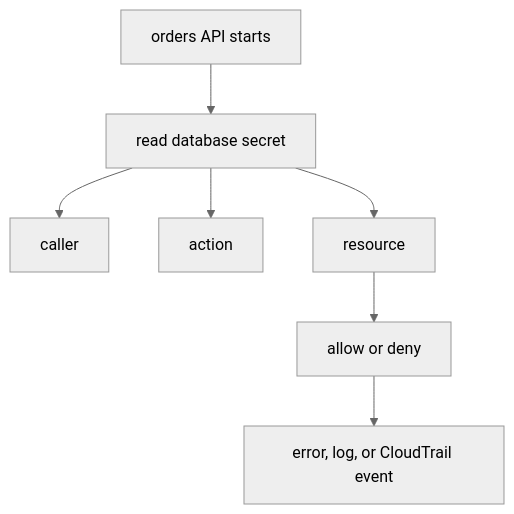
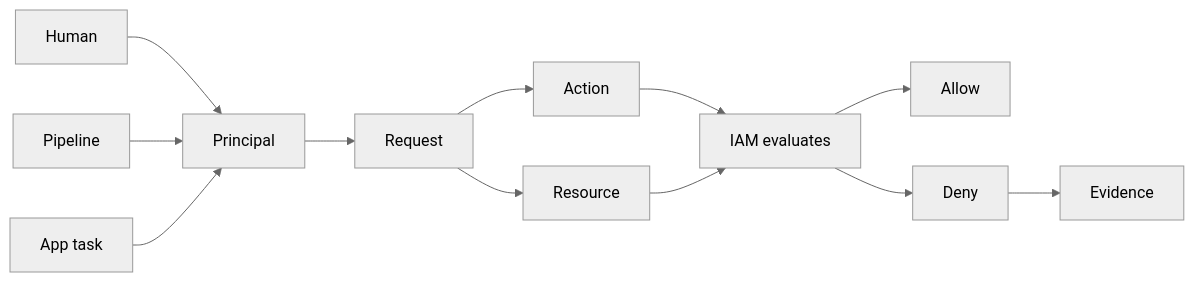
One commit to senlinyy/dev-roadmaps changed the diagram in cloud-providers/aws/identity-security/identity-and-security-mental-model.md. Above: the diagram before and after it, drawn with Mermaid (neutral theme). The commit also changed other lines of this file and 275 other files, not shown here.

Commit message:
feat: roadmap structure update

````diff
--- a/cloud-providers/aws/identity-security/identity-and-security-mental-model.md
+++ b/cloud-providers/aws/identity-security/identity-and-security-mental-model.md
@@ -77,9 +76,14 @@
 ```mermaid
-flowchart TD
-    APP["orders API starts"] --> REQUEST["read database secret"]
-    REQUEST --> CALLER["caller"]
-    REQUEST --> ACTION["action"]
-    REQUEST --> TARGET["resource"]
-    TARGET --> DECISION["allow or deny"]
-    DECISION --> EVIDENCE["error, log, or CloudTrail event"]
+flowchart LR
+    Human["Human"] --> Principal["Principal"]
+    Pipeline["Pipeline"] --> Principal
+    App["App task"] --> Principal
+    Principal --> Request["Request"]
+    Request --> Action["Action"]
+    Request --> Resource["Resource"]
+    Action --> IAM["IAM evaluates"]
+    Resource --> IAM
+    IAM --> Allow["Allow"]
+    IAM --> Deny["Deny"]
+    Deny --> Evidence["Evidence"]
 ```
````
